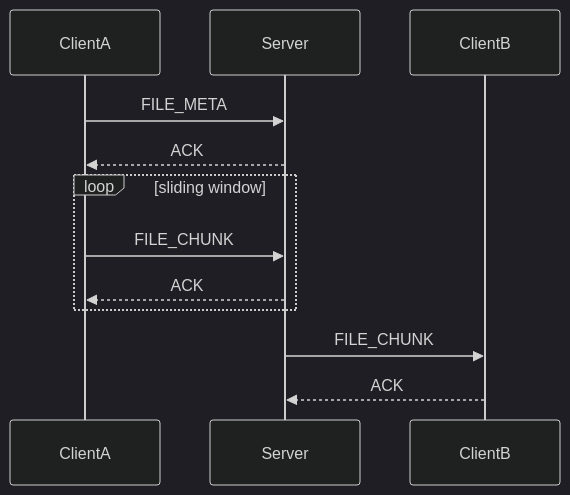
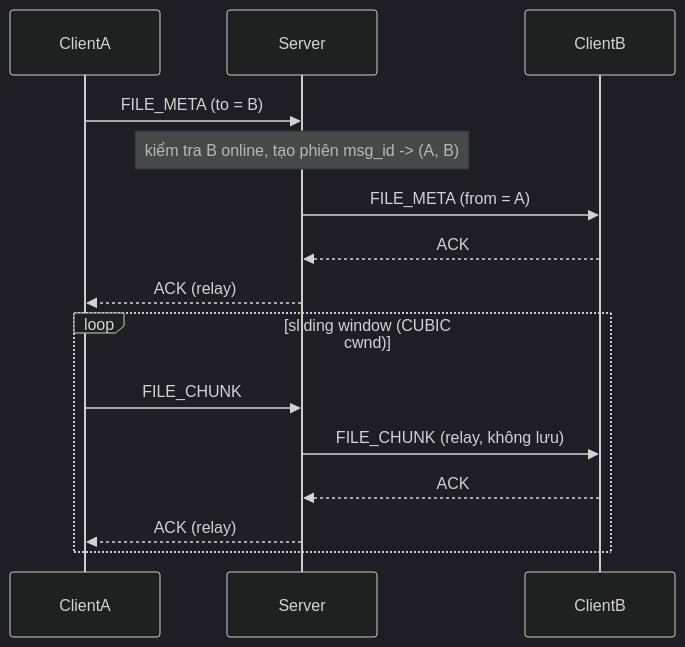
Before and after one commit to Smokiestfox/networking-app-assignment: the fourth of 8 diagrams in docs/protocol.md, drawn with Mermaid (dark theme). The commit also changed other lines of this file and 7 other files, not shown here.

Commit message:
feat: implement server file relay, session management, and CUBIC congestion control

````diff
--- a/docs/protocol.md
+++ b/docs/protocol.md
@@ -302,11 +303,14 @@
 ```mermaid
 sequenceDiagram
-    ClientA->>Server: FILE_META
-    Server-->>ClientA: ACK
-    loop sliding window
+    ClientA->>Server: FILE_META (to = B)
+    Note over Server: kiểm tra B online, tạo phiên msg_id -> (A, B)
+    Server->>ClientB: FILE_META (from = A)
+    ClientB-->>Server: ACK
+    Server-->>ClientA: ACK (relay)
+    loop sliding window (CUBIC cwnd)
         ClientA->>Server: FILE_CHUNK
-        Server-->>ClientA: ACK
+        Server->>ClientB: FILE_CHUNK (relay, không lưu)
+        ClientB-->>Server: ACK
+        Server-->>ClientA: ACK (relay)
     end
-    Server->>ClientB: FILE_CHUNK
-    ClientB-->>Server: ACK
 ```
````
